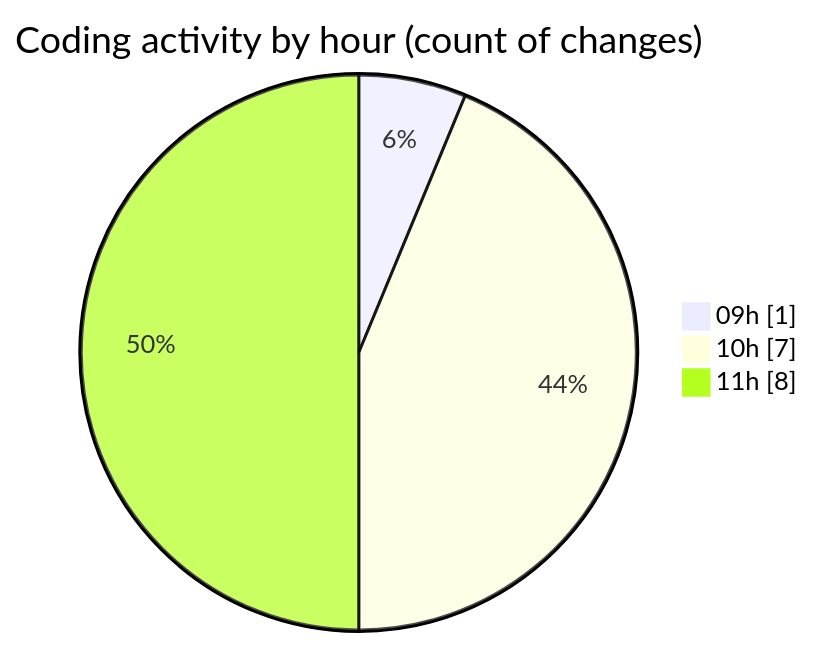
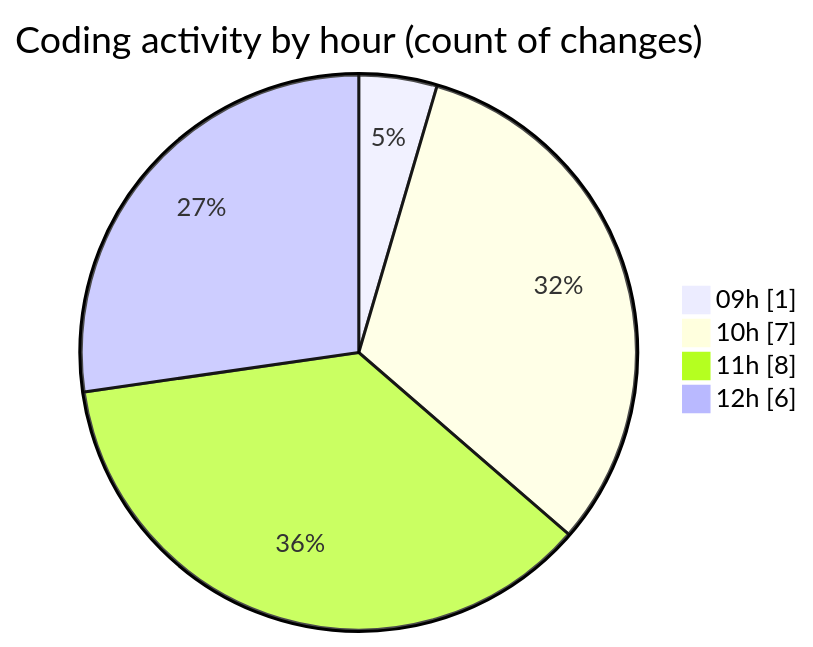
One commit to Elitesun/code-tracking changed the second of 2 diagrams in 2025-02-12/elitegpt/README.md. Above: the diagram before and after it, drawn with Mermaid. The commit also changed other lines of this file and 1 other file, not shown here.

````diff
--- a/2025-02-12/elitegpt/README.md
+++ b/2025-02-12/elitegpt/README.md
@@ -36,7 +39,8 @@
 ```mermaid
 pie showData
 title Coding activity by hour (count of changes)
 "09h" : 1
 "10h" : 7
 "11h" : 8
+"12h" : 6
 ```
````
